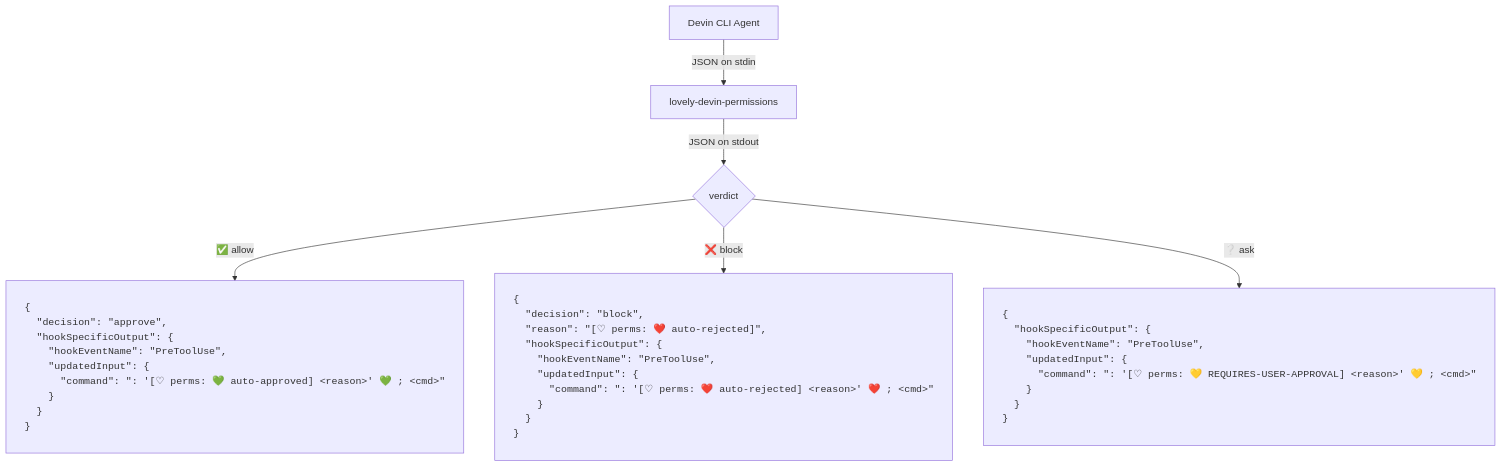
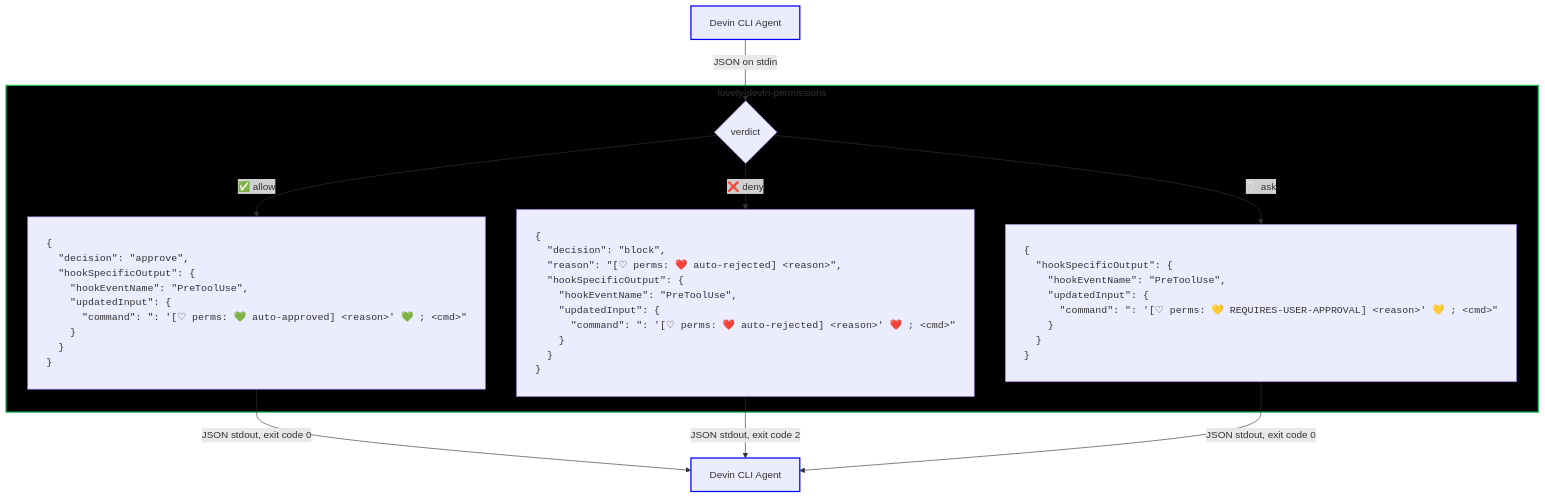
Before and after one commit to justfortheloveof/lovely-bash-permissions: the first of 2 diagrams in README.lovely-devin-permissions.md, drawn with Mermaid. The commit also changed other lines of this file, not shown here.

````diff
--- a/README.lovely-devin-permissions.md
+++ b/README.lovely-devin-permissions.md
@@ -181,8 +181,23 @@
 ```mermaid
+---
+config:
+  flowchart:
+    subGraphTitlePosition: top-left
+---
 flowchart TD
-    A[Devin CLI Agent] -->|"JSON on stdin"| B[lovely-devin-permissions]
-    B -->|"JSON on stdout"| C{verdict}
-    C -->|"✅ allow"| D["<pre style=text-align:left>{<br/>  &quot;decision&quot;: &quot;approve&quot;,<br/>  &quot;hookSpecificOutput&quot;: {<br/>    &quot;hookEventName&quot;: &quot;PreToolUse&quot;,<br/>    &quot;updatedInput&quot;: {<br/>      &quot;command&quot;: &quot;: '[♡ perms: 💚 auto-approved] &lt;reason&gt' 💚 ; &lt;cmd&gt;&quot;<br/>    }<br/>  }<br/>}</pre>"]
-    C -->|"❌ block"| E["<pre style=text-align:left>{<br/>  &quot;decision&quot;: &quot;block&quot;,<br/>  &quot;reason&quot;: &quot;[♡ perms: ❤️ auto-rejected]&quot;,<br/>  &quot;hookSpecificOutput&quot;: {<br/>    &quot;hookEventName&quot;: &quot;PreToolUse&quot;,<br/>    &quot;updatedInput&quot;: {<br/>      &quot;command&quot;: &quot;: '[♡ perms: ❤️ auto-rejected] &lt;reason&gt;' ❤️ ; &lt;cmd&gt;&quot;<br/>    }<br/>  }<br/>}</pre>"]
-    C -->|"❔ ask"| F["<pre style=text-align:left>{<br/>  &quot;hookSpecificOutput&quot;: {<br/>    &quot;hookEventName&quot;: &quot;PreToolUse&quot;,<br/>    &quot;updatedInput&quot;: {<br/>      &quot;command&quot;: &quot;: '[♡ perms: 💛 REQUIRES-USER-APPROVAL] &lt;reason&gt' 💛 ; &lt;cmd&gt&quot;<br/>    }<br/>  }<br/>}</pre>"]
+    A[Devin CLI Agent] -->|"JSON on stdin"| C{verdict}
+
+    subgraph lovely[lovely-devin-permissions]
+        C -->|"✅ allow"| D["<pre style=text-align:left>{<br/>  &quot;decision&quot;: &quot;approve&quot;,<br/>  &quot;hookSpecificOutput&quot;: {<br/>    &quot;hookEventName&quot;: &quot;PreToolUse&quot;,<br/>    &quot;updatedInput&quot;: {<br/>      &quot;command&quot;: &quot;: '[♡ perms: 💚 auto-approved] &lt;reason&gt' 💚 ; &lt;cmd&gt;&quot;<br/>    }<br/>  }<br/>}</pre>"]
+        C -->|"❌ deny"| E["<pre style=text-align:left>{<br/>  &quot;decision&quot;: &quot;block&quot;,<br/>  &quot;reason&quot;: &quot;[♡ perms: ❤️ auto-rejected] &lt;reason&gt;&quot;,<br/>  &quot;hookSpecificOutput&quot;: {<br/>    &quot;hookEventName&quot;: &quot;PreToolUse&quot;,<br/>    &quot;updatedInput&quot;: {<br/>      &quot;command&quot;: &quot;: '[♡ perms: ❤️ auto-rejected] &lt;reason&gt;' ❤️ ; &lt;cmd&gt;&quot;<br/>    }<br/>  }<br/>}</pre>"]
+        C -->|"❔ ask"| F["<pre style=text-align:left>{<br/>  &quot;hookSpecificOutput&quot;: {<br/>    &quot;hookEventName&quot;: &quot;PreToolUse&quot;,<br/>    &quot;updatedInput&quot;: {<br/>      &quot;command&quot;: &quot;: '[♡ perms: 💛 REQUIRES-USER-APPROVAL] &lt;reason&gt' 💛 ; &lt;cmd&gt&quot;<br/>    }<br/>  }<br/>}</pre>"]
+    end
+
+    D -->|"JSON stdout, exit code 0"| R[Devin CLI Agent]
+    E -->|"JSON stdout, exit code 2"| R
+    F -->|"JSON stdout, exit code 0"| R
+
+    style lovely fill:#000000,stroke:#22c55e,stroke-width:2px
+    style A stroke:#0000ff,stroke-width:2px
+    style R stroke:#0000ff,stroke-width:2px
 ```
````
